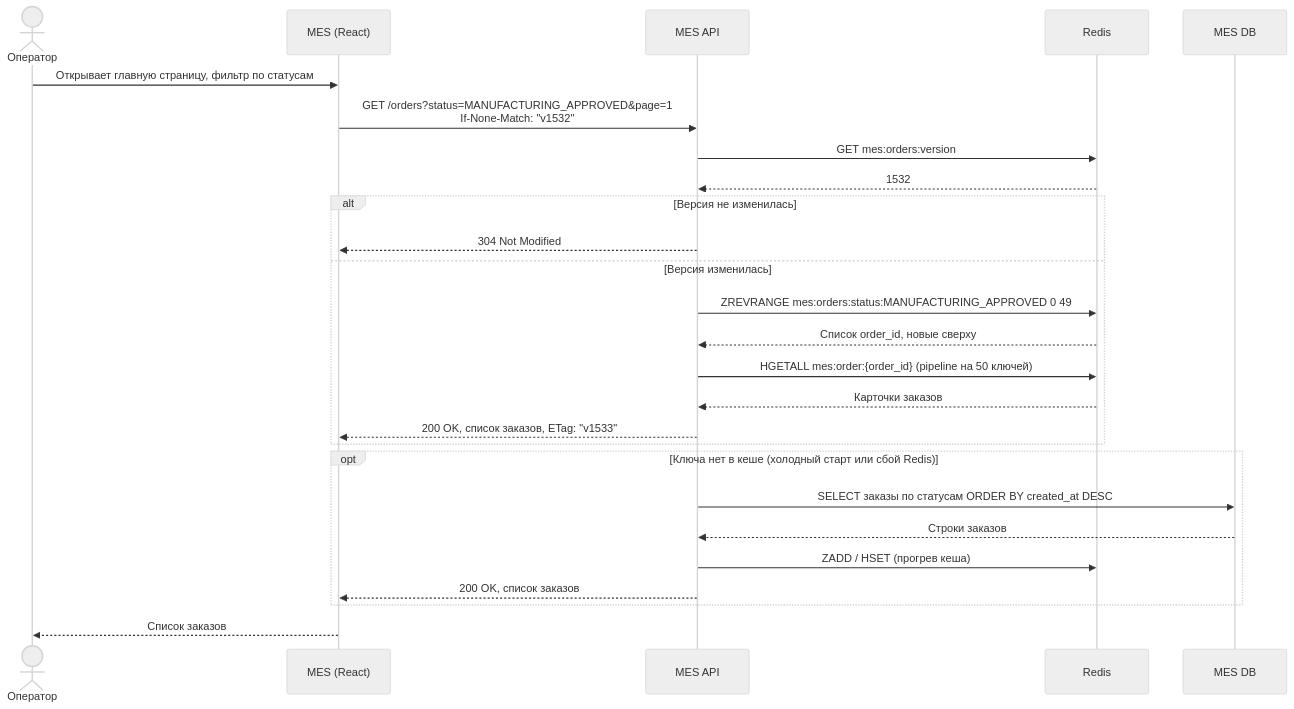
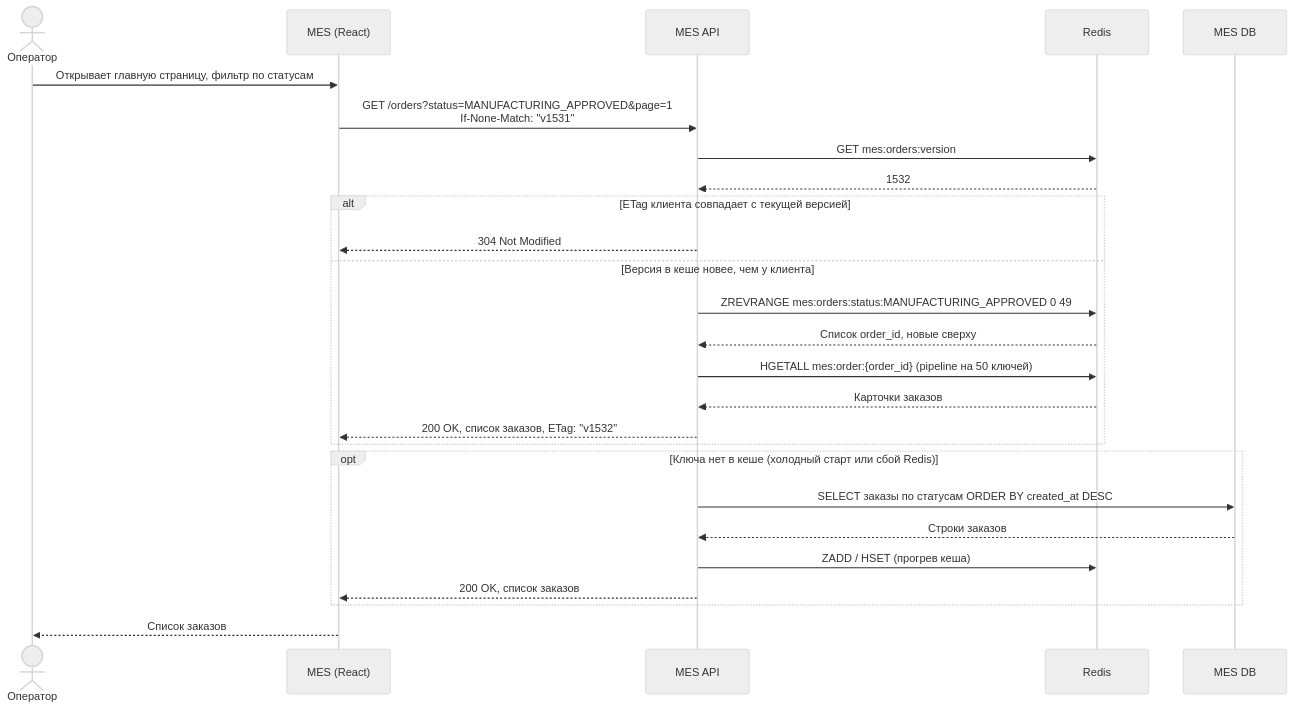
Before and after one commit to luckymma993/architecture-alexandrite: the first of 2 diagrams in Task5/Архитектурное решение по кешированию.md, drawn with Mermaid (neutral theme). The commit also changed other lines of this file and 6 other files, not shown here.

Commit message:
Fix ETag versions in cache read diagram, TTL wording and diagram label overlaps

````diff
--- a/Task5/Архитектурное решение по кешированию.md
+++ b/Task5/Архитектурное решение по кешированию.md
@@ -83,29 +83,29 @@
 ```mermaid
 sequenceDiagram
     actor Op as Оператор
     participant UI as MES (React)
     participant API as MES API
     participant R as Redis
     participant DB as MES DB
 
     Op->>UI: Открывает главную страницу, фильтр по статусам
-    UI->>API: GET /orders?status=MANUFACTURING_APPROVED&page=1<br/>If-None-Match: "v1532"
+    UI->>API: GET /orders?status=MANUFACTURING_APPROVED&page=1<br/>If-None-Match: "v1531"
     API->>R: GET mes:orders:version
     R-->>API: 1532
-    alt Версия не изменилась
+    alt ETag клиента совпадает с текущей версией
         API-->>UI: 304 Not Modified
-    else Версия изменилась
+    else Версия в кеше новее, чем у клиента
         API->>R: ZREVRANGE mes:orders:status:MANUFACTURING_APPROVED 0 49
         R-->>API: Список order_id, новые сверху
         API->>R: HGETALL mes:order:{order_id} (pipeline на 50 ключей)
         R-->>API: Карточки заказов
-        API-->>UI: 200 OK, список заказов, ETag: "v1533"
+        API-->>UI: 200 OK, список заказов, ETag: "v1532"
     end
     opt Ключа нет в кеше (холодный старт или сбой Redis)
         API->>DB: SELECT заказы по статусам ORDER BY created_at DESC
         DB-->>API: Строки заказов
         API->>R: ZADD / HSET (прогрев кеша)
         API-->>UI: 200 OK, список заказов
     end
     UI-->>Op: Список заказов
 ```
````
